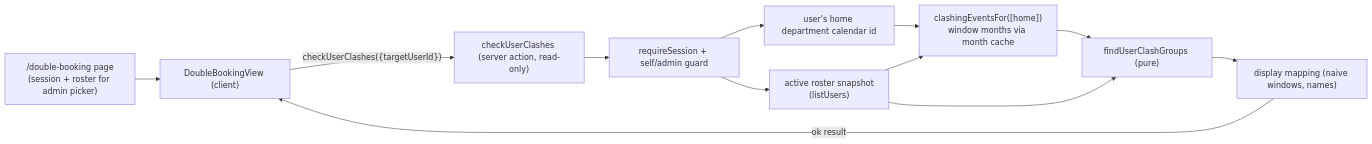
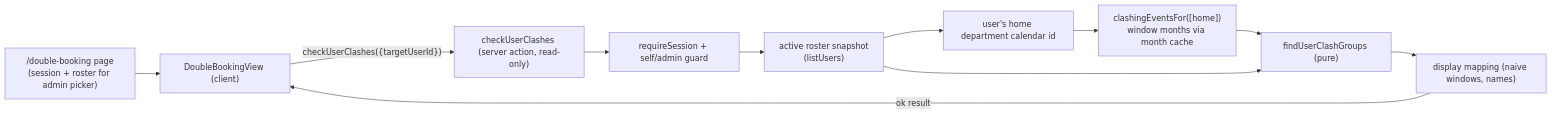
Before and after one commit to oncloudnintynineone-source/cloudy2: the diagram in docs/user-clashes.md, drawn with Mermaid. The commit also changed 22 other files, not shown here.

Commit message:
docs: sync mermaid diagrams with current code, fix diagram syntax errors

````diff
--- a/docs/user-clashes.md
+++ b/docs/user-clashes.md
@@ -106,24 +106,23 @@
 ```mermaid
 flowchart LR
  U["/double-booking page<br/>(session + roster for admin picker)"]
  V["DoubleBookingView (client)"]
  A["checkUserClashes (server action, read-only)"]
  S["requireSession + self/admin guard"]
  R["active roster snapshot<br/>(listUsers)"]
  C["user's home department calendar id"]
  M["clashingEventsFor([home])<br/>window months via month cache"]
  E["findUserClashGroups (pure)"]
  P["display mapping (naive windows, names)"]
 
  U --> V
  V -- "checkUserClashes({targetUserId})" --> A
  A --> S
  S --> R
- S --> C
+ R --> C
  C --> M
- R --> M
  M --> E
  R --> E
  E --> P
  P -- "ok result" --> V
 ```
````
